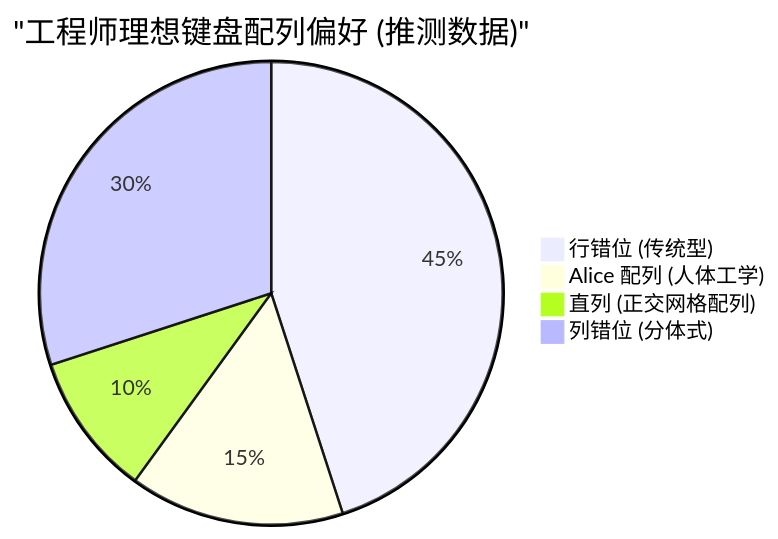
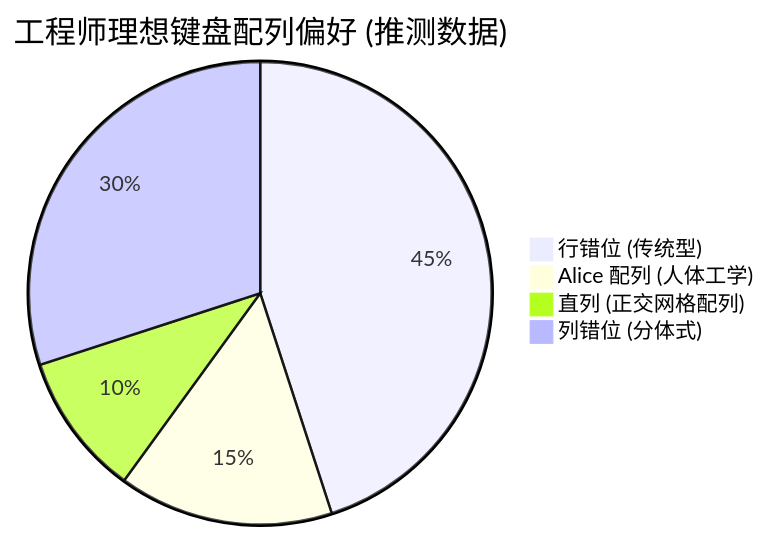
The third of 3 diagrams in content/post/mechanical_keyboards/index.zh-cn.md (kenjinote/blog), drawn with Mermaid before and after one commit. The commit also changed other lines of this file and 703 other files, not shown here.

Commit message:
Fix: Remove quotes from Mermaid link texts and timeline definitions to support Mermaid 11.4.1

````diff
--- a/content/post/mechanical_keyboards/index.zh-cn.md
+++ b/content/post/mechanical_keyboards/index.zh-cn.md
@@ -127,7 +127,7 @@
 ```mermaid
-pie title "工程师理想键盘配列偏好 (推测数据)"
+pie title 工程师理想键盘配列偏好 (推测数据)
     "行错位 (传统型)" : 45
     "Alice 配列 (人体工学)" : 15
     "直列 (正交网格配列)" : 10
     "列错位 (分体式)" : 30
 ```
````
